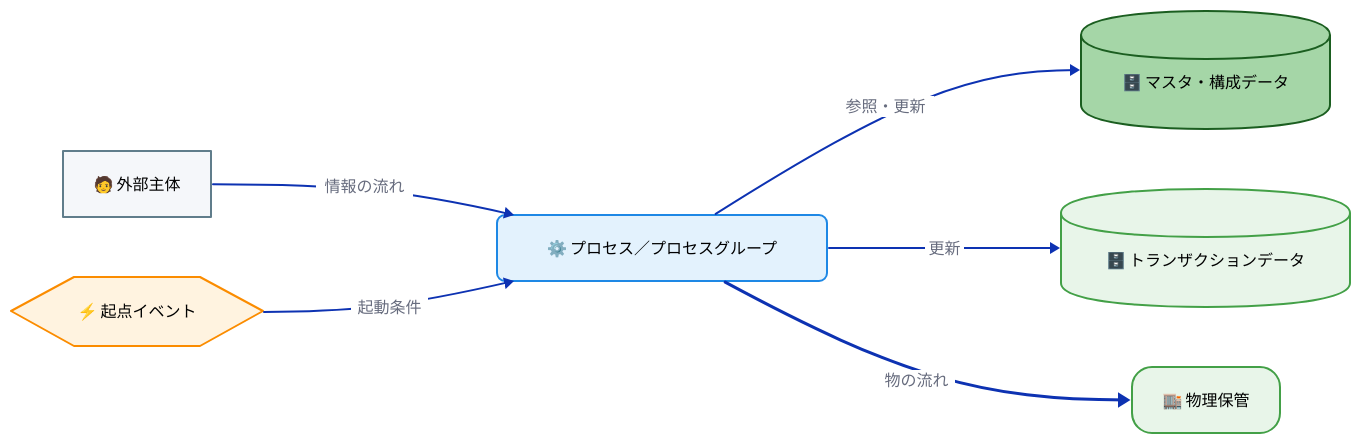
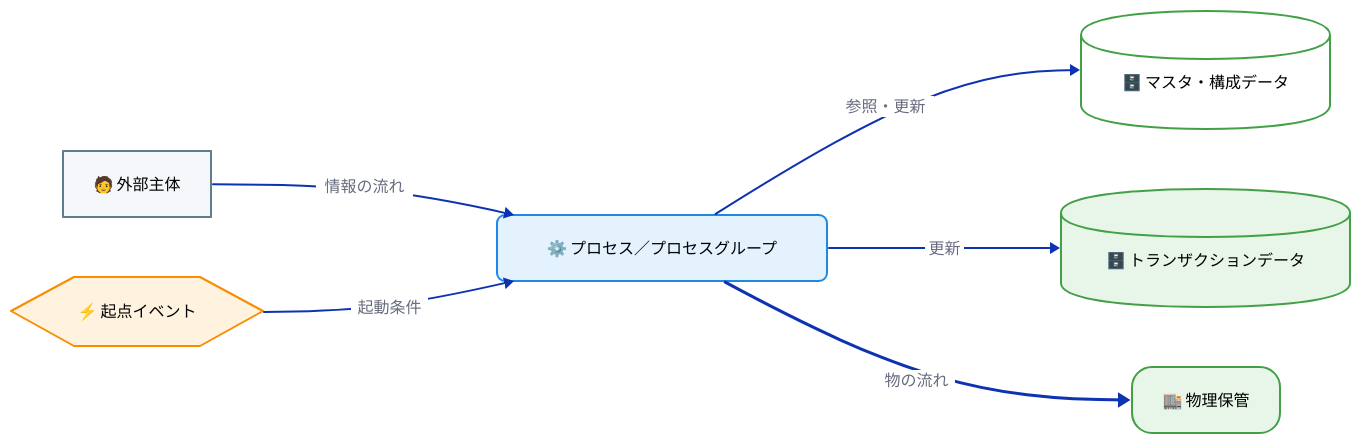
The fifth of 5 diagrams in docs/ja/product/010-business-specs/010-data-flow/cdfd-overview.md (specdojo/specdojo), drawn with D2 before and after one commit. The commit also changed other lines of this file, not shown here.

```diff
--- a/docs/ja/product/010-business-specs/010-data-flow/cdfd-overview.md
+++ b/docs/ja/product/010-business-specs/010-data-flow/cdfd-overview.md
@@ -643,8 +643,8 @@
   store_master: {
     shape: cylinder
     style: {
-      fill: "#a5d6a7"
-      stroke: "#1b5e20"
+      fill: "#ffffff"
+      stroke: "#43a047"
       font-color: "#000000"
     }
   }
```
